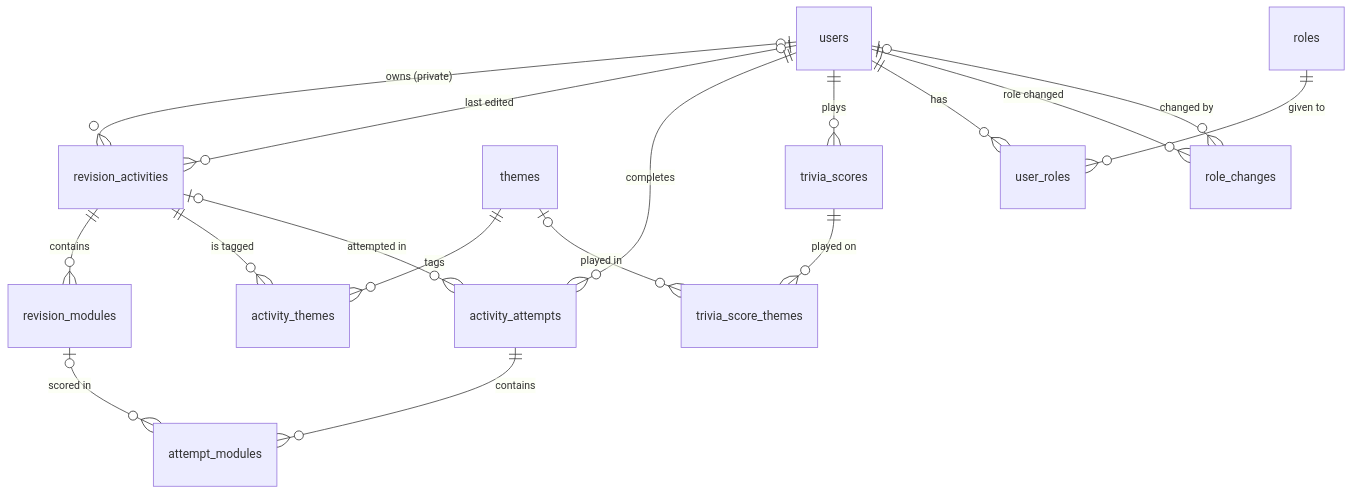
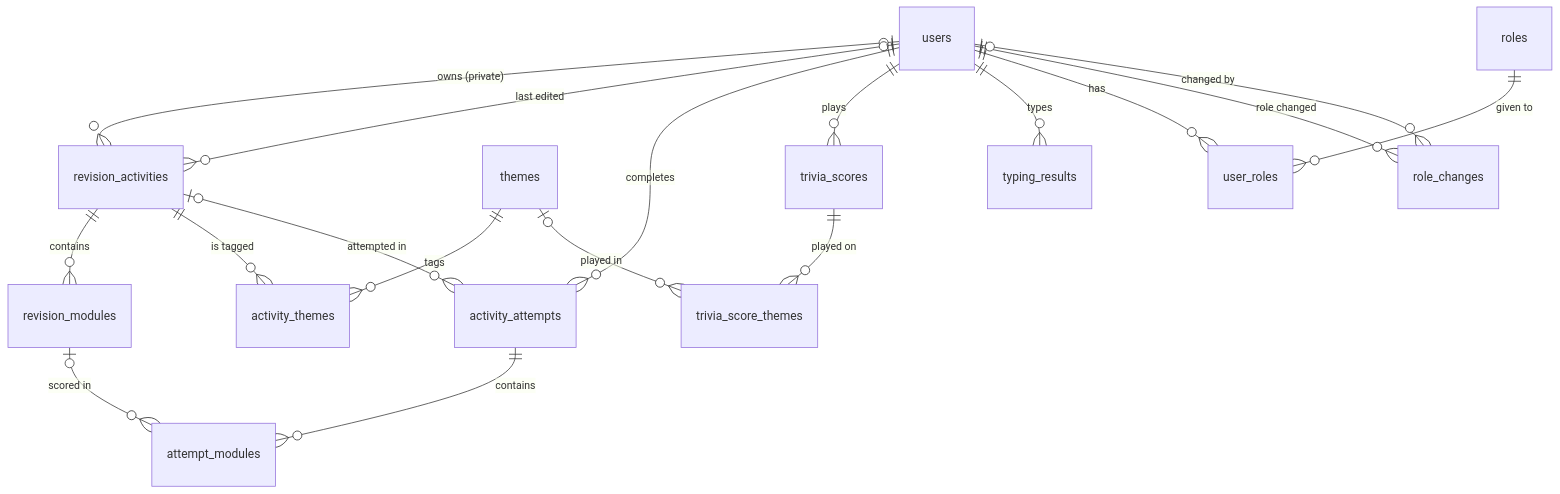
The first of 5 diagrams in docs/database.md (BryanBD16/revision-platform), drawn with Mermaid before and after one commit. The commit also changed other lines of this file and 11 other files, not shown here.

Commit message:
feat: add typing test results API

````diff
--- a/docs/database.md
+++ b/docs/database.md
@@ -30,22 +30,24 @@
 ```mermaid
 erDiagram
     users |o--o{ revision_activities : "owns (private)"
     users |o--o{ revision_activities : "last edited"
     revision_activities ||--o{ revision_modules : contains
     revision_activities ||--o{ activity_themes : "is tagged"
     themes ||--o{ activity_themes : tags
 
     users ||--o{ activity_attempts : completes
     revision_activities |o--o{ activity_attempts : "attempted in"
     activity_attempts ||--o{ attempt_modules : contains
     revision_modules |o--o{ attempt_modules : "scored in"
 
     users ||--o{ trivia_scores : plays
     trivia_scores ||--o{ trivia_score_themes : "played on"
     themes |o--o{ trivia_score_themes : "played in"
 
+    users ||--o{ typing_results : types
+
     users ||--o{ user_roles : has
     roles ||--o{ user_roles : "given to"
     users ||--o{ role_changes : "role changed"
     users |o--o{ role_changes : "changed by"
 ```
````
